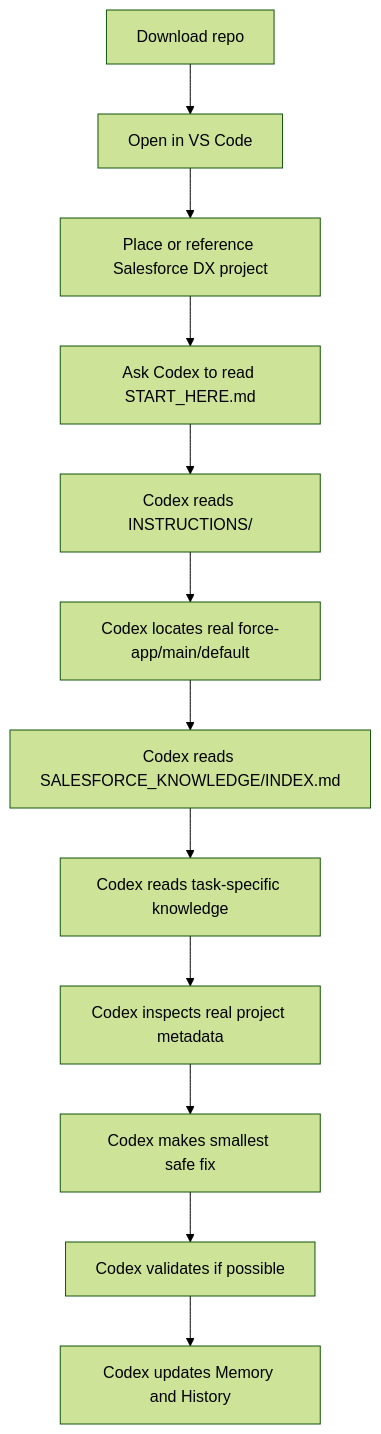
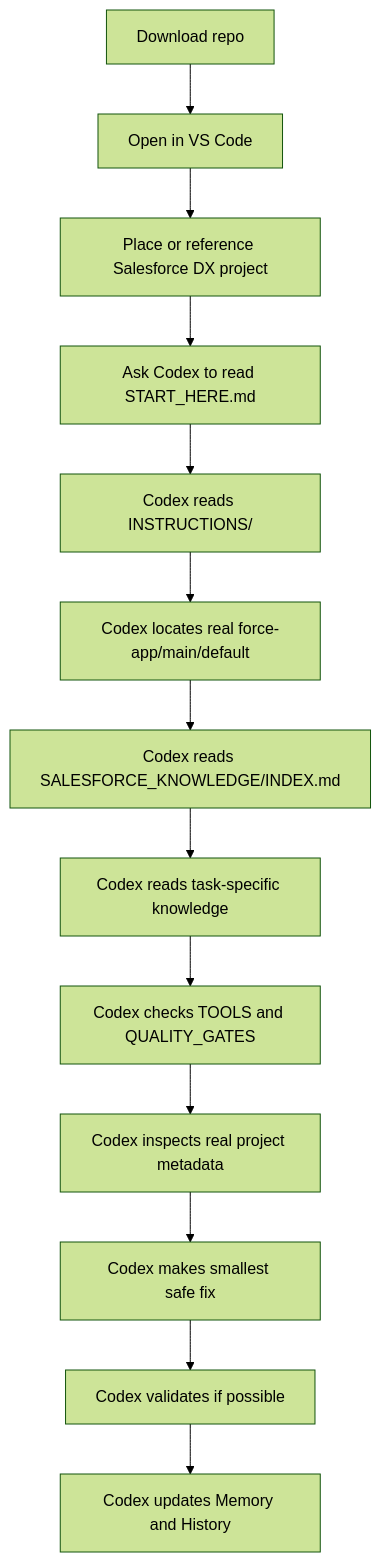
One commit to swayerloren/salesforce-coding changed the diagram in WIKI_DRAFTS/Home.md. Above: the diagram before and after it, drawn with Mermaid (forest theme). The commit also changed other lines of this file and 84 other files, not shown here.

Commit message:
Add Salesforce tooling references and Codex quality gates

````diff
--- a/WIKI_DRAFTS/Home.md
+++ b/WIKI_DRAFTS/Home.md
@@ -20,14 +24,15 @@
 ```mermaid
 flowchart TD
   A[Download repo] --> B[Open in VS Code]
   B --> C[Place or reference Salesforce DX project]
   C --> D[Ask Codex to read START_HERE.md]
   D --> E[Codex reads INSTRUCTIONS/]
   E --> F[Codex locates real force-app/main/default]
   F --> G[Codex reads SALESFORCE_KNOWLEDGE/INDEX.md]
   G --> H[Codex reads task-specific knowledge]
-  H --> I[Codex inspects real project metadata]
-  I --> J[Codex makes smallest safe fix]
-  J --> K[Codex validates if possible]
-  K --> L[Codex updates Memory and History]
+  H --> I[Codex checks TOOLS and QUALITY_GATES]
+  I --> J[Codex inspects real project metadata]
+  J --> K[Codex makes smallest safe fix]
+  K --> L[Codex validates if possible]
+  L --> M[Codex updates Memory and History]
 ```
````
